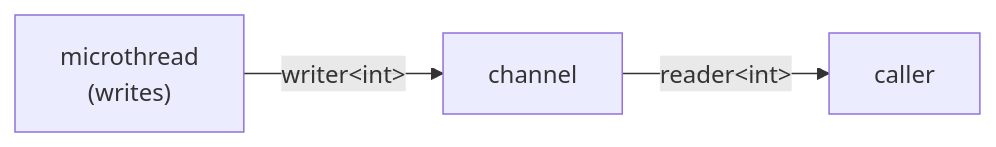
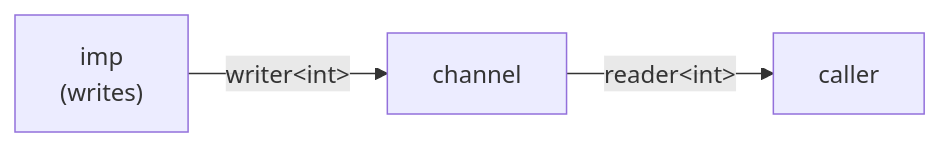
One commit to marcelocantos/csp changed the first of 6 diagrams in docs/guide/05-combinators.md. Above: the diagram before and after it, drawn with Mermaid. The commit also changed other lines of this file and 132 other files, not shown here.

First line of the commit message:
Rename "microthread" → "imp" across the entire codebase

````diff
--- a/docs/guide/05-combinators.md
+++ b/docs/guide/05-combinators.md
@@ -81,5 +81,5 @@
 ```mermaid
 graph LR
-    MT["microthread<br/>(writes)"] -->|writer&lt;int&gt;| CH["channel"]
+    MT["imp<br/>(writes)"] -->|writer&lt;int&gt;| CH["channel"]
     CH -->|reader&lt;int&gt;| YOU["caller"]
 ```
````
